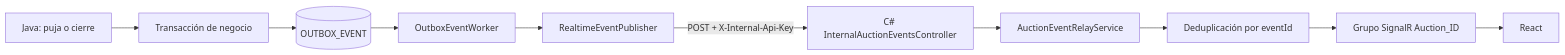
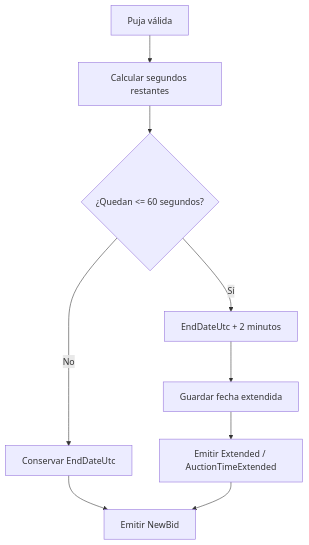
The fourth of 11 diagrams in .contexto/ImplementaciónReal.md (miaa-politano/SubastaYa), drawn with Mermaid before and after one commit. The commit also changed other lines of this file, not shown here.

Commit message:
docs: document functional requirements and system flows

````diff
--- a/.contexto/ImplementaciónReal.md
+++ b/.contexto/ImplementaciónReal.md
@@ -7,12 +167,11 @@
 ```mermaid
-flowchart LR
-    A[Java: puja o cierre] --> B[Transacción de negocio]
-    B --> C[(OUTBOX_EVENT)]
-    C --> D[OutboxEventWorker]
-    D --> E[RealtimeEventPublisher]
-    E -->|POST + X-Internal-Api-Key| F[C# InternalAuctionEventsController]
-    F --> G[AuctionEventRelayService]
-    G --> H[Deduplicación por eventId]
-    H --> I[Grupo SignalR Auction_ID]
-    I --> J[React]
+flowchart TD
+    A[Puja válida] --> B[Calcular segundos restantes]
+    B --> C{¿Quedan <= 60 segundos?}
+    C -->|No| D[Conservar EndDateUtc]
+    C -->|Sí| E[EndDateUtc + 2 minutos]
+    E --> F[Guardar fecha extendida]
+    F --> G[Emitir Extended / AuctionTimeExtended]
+    D --> H[Emitir NewBid]
+    G --> H
 ```
````
